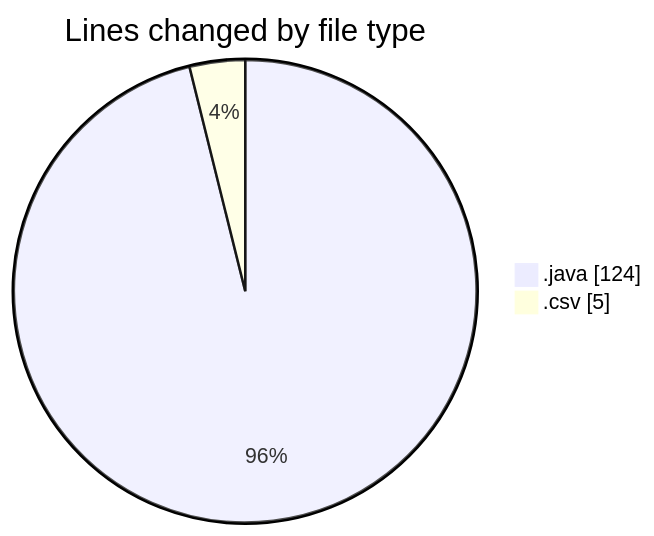
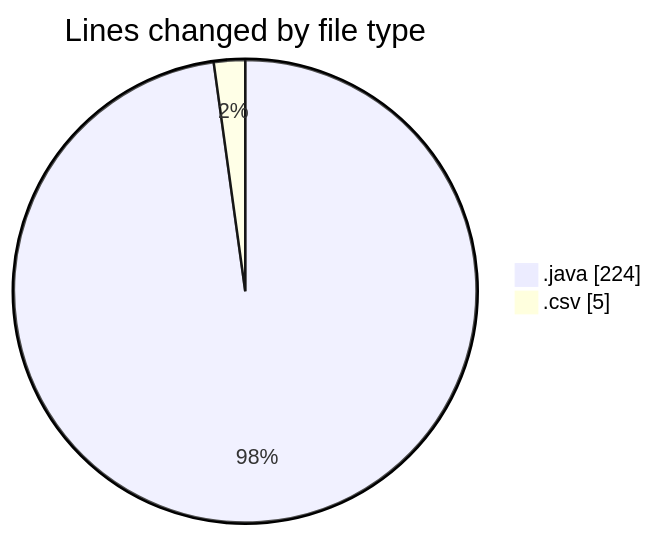
One commit to ricardozamudiocil/code-tracking changed the first of 2 diagrams in 2026-09-10/cilapp/README.md. Above: the diagram before and after it, drawn with Mermaid. The commit also changed other lines of this file and 1 other file, not shown here.

````diff
--- a/2026-09-10/cilapp/README.md
+++ b/2026-09-10/cilapp/README.md
@@ -22,6 +22,6 @@
 ```mermaid
 pie showData
 title Lines changed by file type
-".java" : 124
+".java" : 224
 ".csv" : 5
 ```
````
